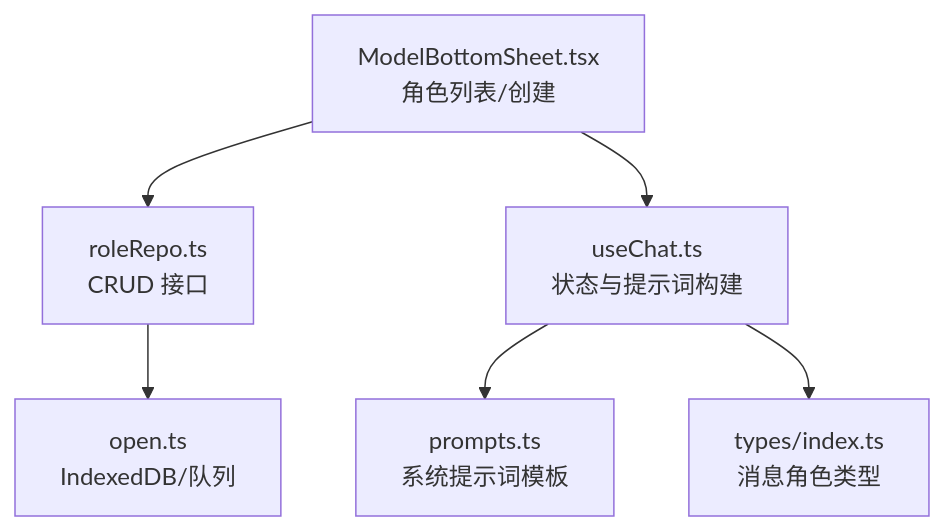
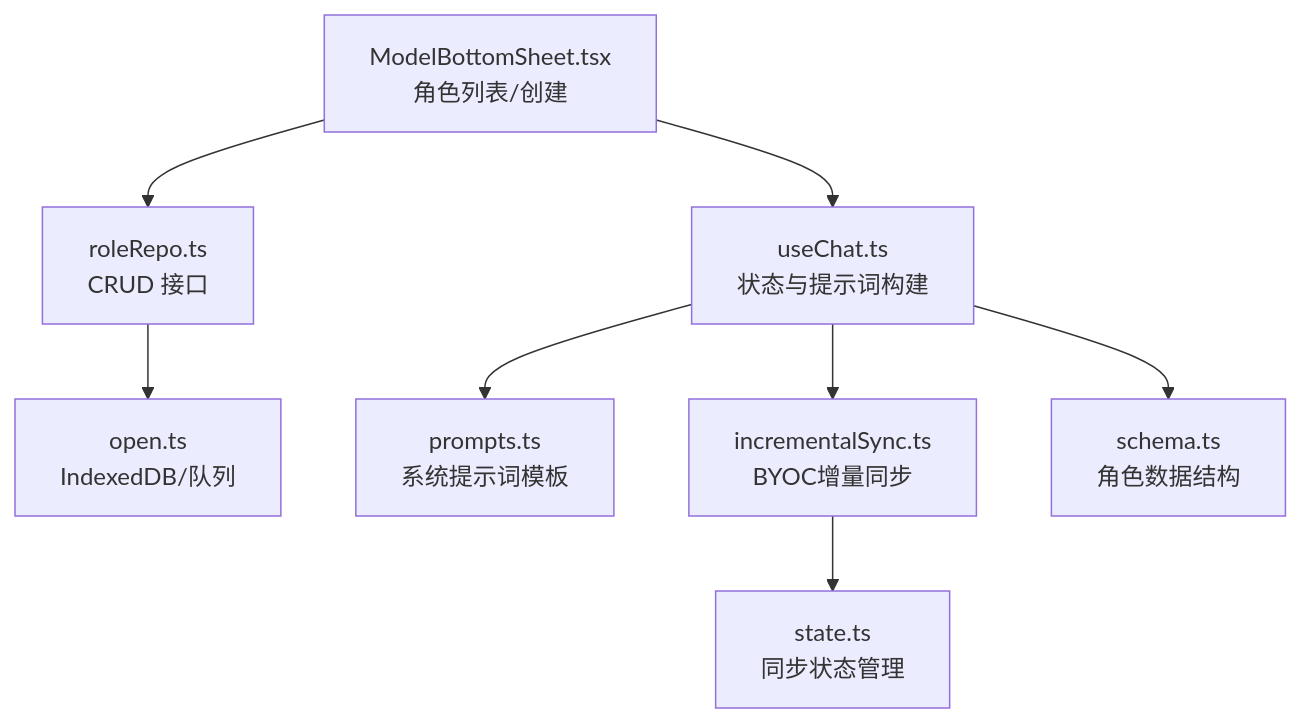
One commit to billye220670/AIShop changed the first of 8 diagrams in .qoder/repowiki/zh/content/聊天模块/角色系统.md. Above: the diagram before and after it, drawn with Mermaid. The commit also changed other lines of this file and 30 other files, not shown here.

First line of the commit message:
fix: 修复 BYOC 自动同步与流式输出的竞态（圆点中断、Load failed、图片不可用）

````diff
--- a/.qoder/repowiki/zh/content/聊天模块/角色系统.md
+++ b/.qoder/repowiki/zh/content/聊天模块/角色系统.md
@@ -37,8 +50,10 @@
 ```mermaid
 graph TB
 UI["ModelBottomSheet.tsx<br/>角色列表/创建"] --> Repo["roleRepo.ts<br/>CRUD 接口"]
 Repo --> DB["open.ts<br/>IndexedDB/队列"]
 UI --> Hook["useChat.ts<br/>状态与提示词构建"]
 Hook --> Prompts["prompts.ts<br/>系统提示词模板"]
-Hook --> Types["types/index.ts<br/>消息角色类型"]
+Hook --> Sync["incrementalSync.ts<br/>BYOC增量同步"]
+Sync --> State["state.ts<br/>同步状态管理"]
+Hook --> Types["schema.ts<br/>角色数据结构"]
 ```
````
